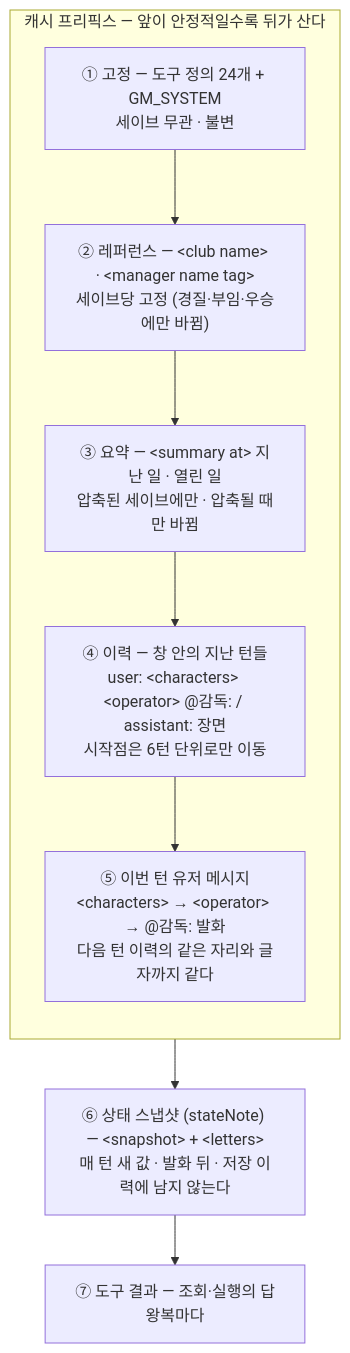
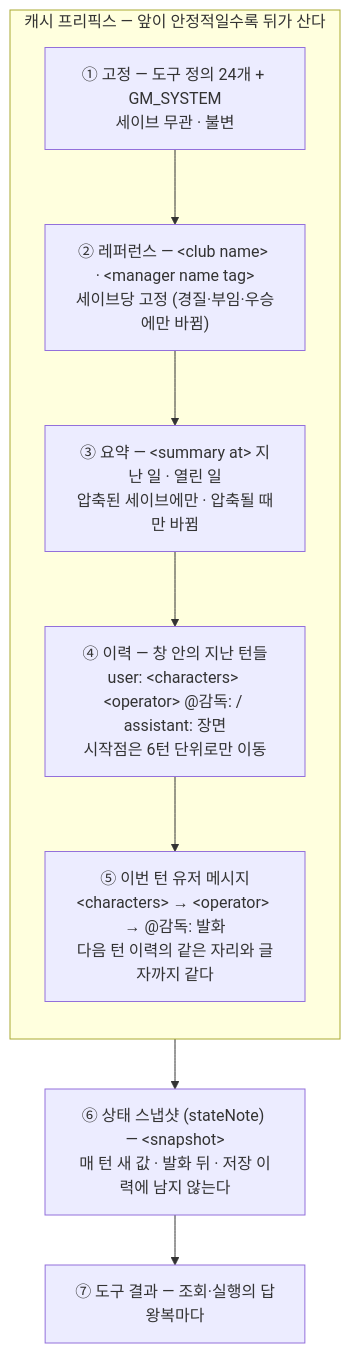
The third of 11 diagrams in docs/llm/pipeline.md (dhoonjang/story-fm), drawn with Mermaid before and after one commit. The commit also changed other lines of this file and 49 other files, not shown here.

````diff
--- a/docs/llm/pipeline.md
+++ b/docs/llm/pipeline.md
@@ -120,14 +113,14 @@
 ```mermaid
 flowchart TB
   subgraph CACHED["캐시 프리픽스 — 앞이 안정적일수록 뒤가 산다"]
     direction TB
     S0["① 고정 — 도구 정의 24개 + GM_SYSTEM<br/>세이브 무관 · 불변"]
     S1["② 레퍼런스 — #lt;club name#gt; · #lt;manager name tag#gt;<br/>세이브당 고정 (경질·부임·우승에만 바뀜)"]
     S2["③ 요약 — #lt;summary at#gt; 지난 일 · 열린 일<br/>압축된 세이브에만 · 압축될 때만 바뀜"]
     S3["④ 이력 — 창 안의 지난 턴들<br/>user: #lt;characters#gt; #lt;operator#gt; @감독: / assistant: 장면<br/>시작점은 6턴 단위로만 이동"]
     S4["⑤ 이번 턴 유저 메시지<br/>#lt;characters#gt; → #lt;operator#gt; → @감독: 발화<br/>다음 턴 이력의 같은 자리와 글자까지 같다"]
   end
-  S5["⑥ 상태 스냅샷 (stateNote) — #lt;snapshot#gt; + #lt;letters#gt;<br/>매 턴 새 값 · 발화 뒤 · 저장 이력에 남지 않는다"]
+  S5["⑥ 상태 스냅샷 (stateNote) — #lt;snapshot#gt;<br/>매 턴 새 값 · 발화 뒤 · 저장 이력에 남지 않는다"]
   S6["⑦ 도구 결과 — 조회·실행의 답<br/>왕복마다"]
   S0 --> S1 --> S2 --> S3 --> S4 --> S5 --> S6
 ```
````
